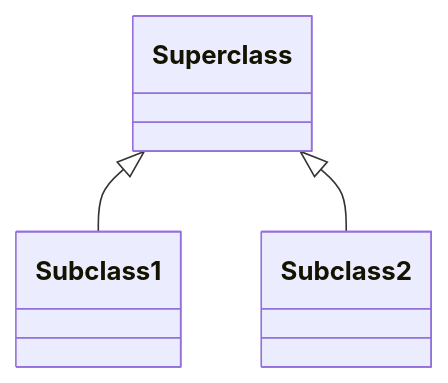
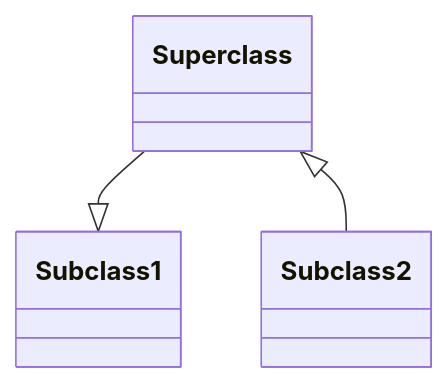
Before and after one commit to monbarri/CSC102F2022-week1-2Tags: the second of 2 diagrams in classesV1.md, drawn with Mermaid. The commit also changed other lines of this file, not shown here.

````diff
--- a/classesV1.md
+++ b/classesV1.md
@@ -29,16 +28,17 @@
 ```mermaid
     classDiagram
     class Superclass{
-
+        
     }
 
-    class Subclass1{
-
+   class Subclass1{
+        
     }
 
     class Subclass2{
         
     }
-    Superclass <|-- Subclass1
+
+    Superclass --|> Subclass1
     Superclass <|-- Subclass2
 ```
````
